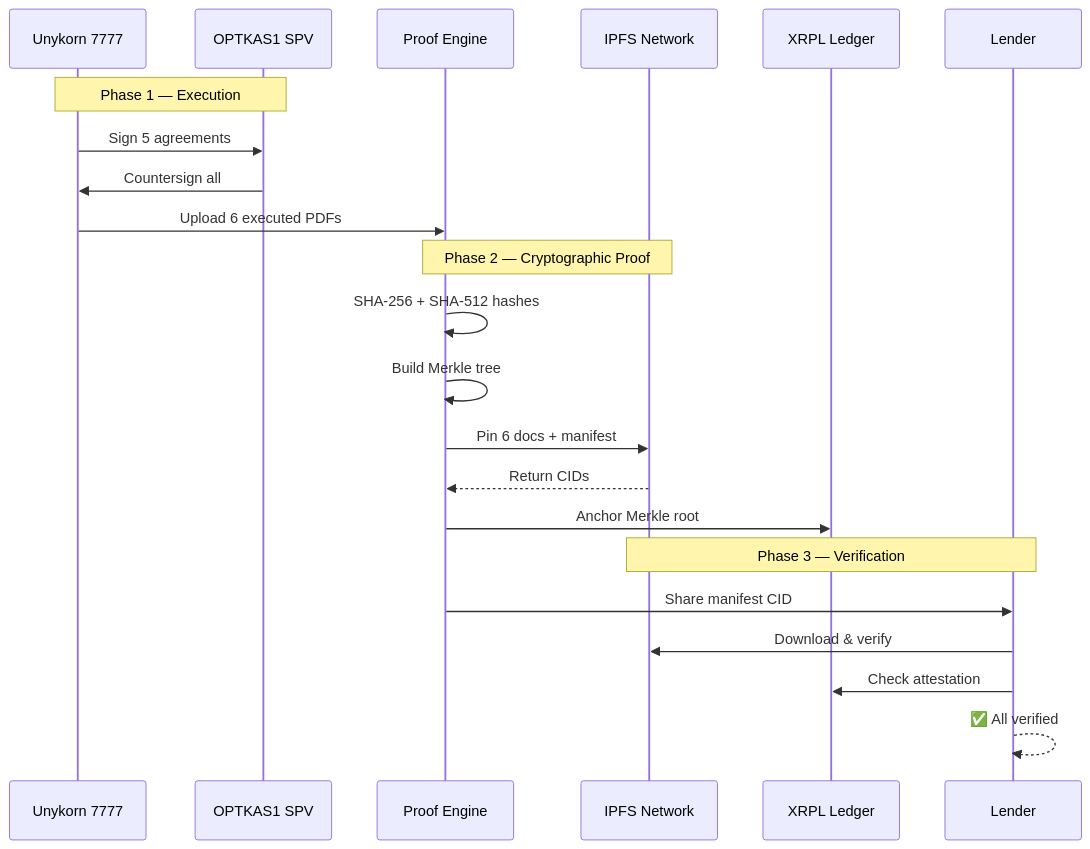
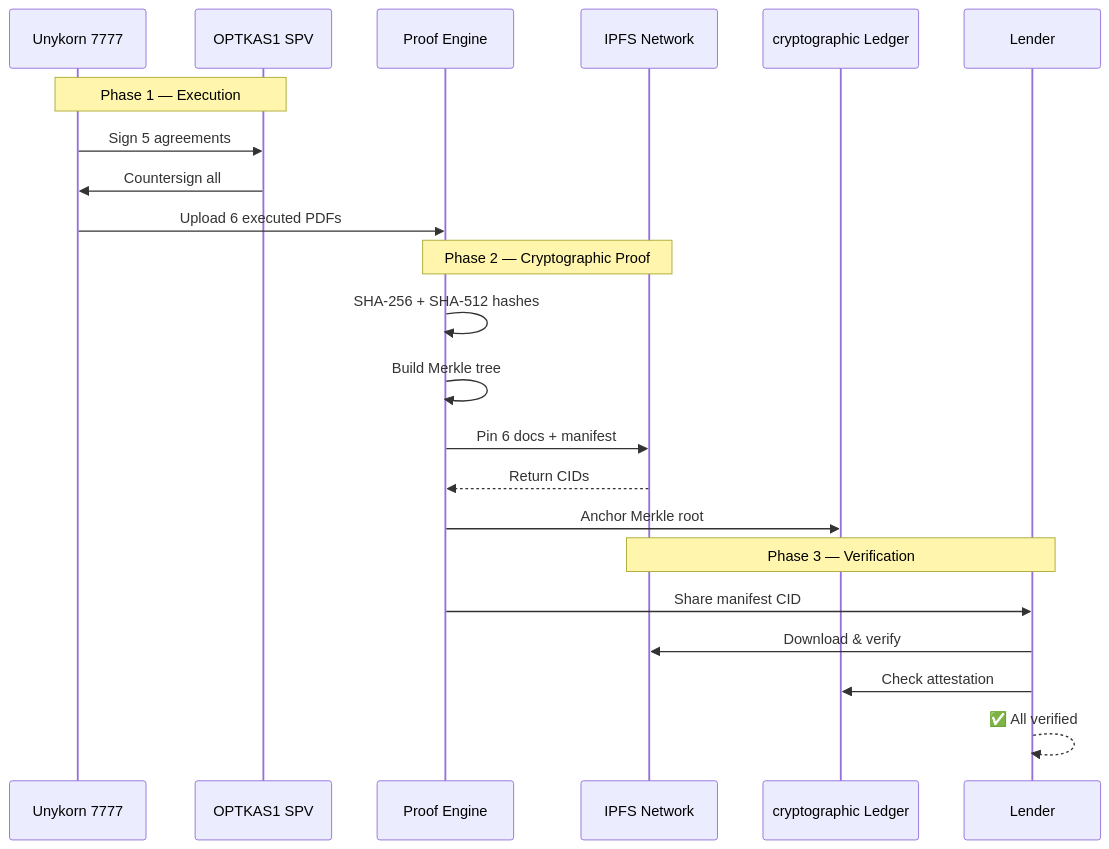
The second of 2 diagrams in EXECUTION_v1/07_LENDER_PROOF_PACKAGE/LENDER_PROOF_PACKAGE.md (unykornai/Institutional-Funding-Repo-For-Optkas-), drawn with Mermaid before and after one commit. The commit also changed other lines of this file and 55 other files, not shown here.

````diff
--- a/EXECUTION_v1/07_LENDER_PROOF_PACKAGE/LENDER_PROOF_PACKAGE.md
+++ b/EXECUTION_v1/07_LENDER_PROOF_PACKAGE/LENDER_PROOF_PACKAGE.md
@@ -73,27 +73,27 @@
 ```mermaid
 sequenceDiagram
     participant U as Unykorn 7777
     participant O as OPTKAS1 SPV
     participant SYS as Proof Engine
     participant IPFS as IPFS Network
-    participant XRPL as XRPL Ledger
+    participant cryptographic as cryptographic Ledger
     participant L as Lender
 
     Note over U,O: Phase 1 — Execution
     U->>O: Sign 5 agreements
     O->>U: Countersign all
     U->>SYS: Upload 6 executed PDFs
 
     Note over SYS,IPFS: Phase 2 — Cryptographic Proof
     SYS->>SYS: SHA-256 + SHA-512 hashes
     SYS->>SYS: Build Merkle tree
     SYS->>IPFS: Pin 6 docs + manifest
     IPFS-->>SYS: Return CIDs
-    SYS->>XRPL: Anchor Merkle root
+    SYS->>cryptographic: Anchor Merkle root
 
     Note over L,IPFS: Phase 3 — Verification
     SYS->>L: Share manifest CID
     L->>IPFS: Download & verify
-    L->>XRPL: Check attestation
+    L->>cryptographic: Check attestation
     L-->>L: ✅ All verified
 ```
````
